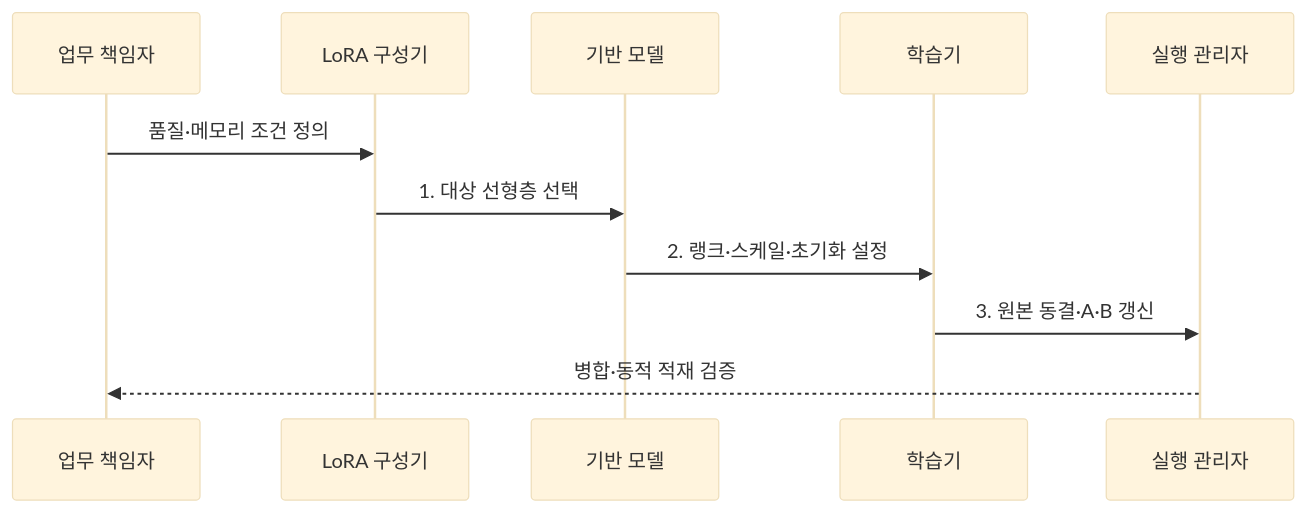
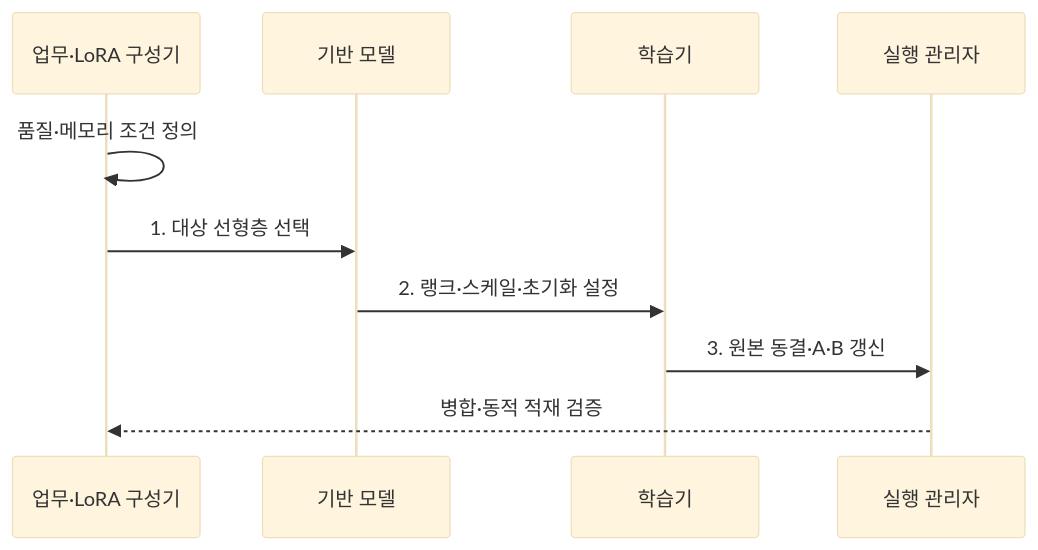
The second of 2 diagrams in src/content/docs/notes/08-latest-tech/062_low_rank_adaptation.md (agnusdei1207/knowledge-base), drawn with Mermaid (base theme) before and after one commit. The commit also changed 9 other files, not shown here.

Commit message:
Reduce AI pipeline flow participants

````diff
--- a/src/content/docs/notes/08-latest-tech/062_low_rank_adaptation.md
+++ b/src/content/docs/notes/08-latest-tech/062_low_rank_adaptation.md
@@ -105,13 +105,12 @@
 ```mermaid
 sequenceDiagram
-    participant O as 업무 책임자
-    participant C as LoRA 구성기
+    participant C as 업무·LoRA 구성기
     participant M as 기반 모델
     participant T as 학습기
     participant R as 실행 관리자
-    O->>C: 품질·메모리 조건 정의
+    C->>C: 품질·메모리 조건 정의
     C->>M: 1. 대상 선형층 선택
     M->>T: 2. 랭크·스케일·초기화 설정
     T->>R: 3. 원본 동결·A·B 갱신
-    R-->>O: 병합·동적 적재 검증
+    R-->>C: 병합·동적 적재 검증
 ```
````
